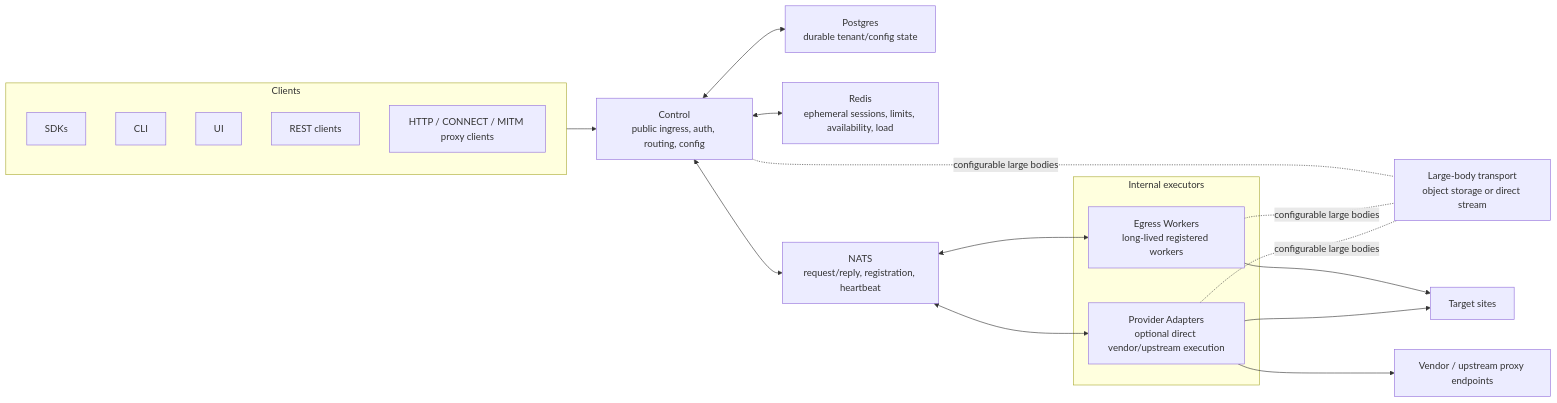
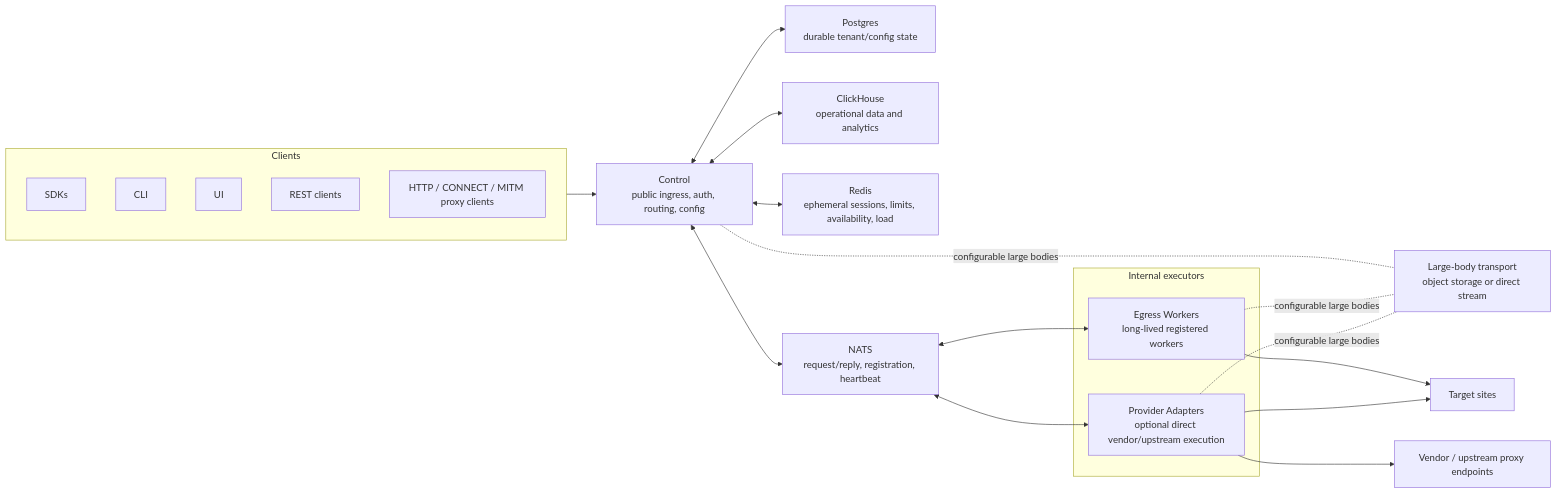
Before and after one commit to beremaran/straw-oss: the diagram in PLAN.md, drawn with Mermaid. The commit also changed other lines of this file, not shown here.

````diff
--- a/PLAN.md
+++ b/PLAN.md
@@ -108,39 +108,42 @@
 ```mermaid
 flowchart LR
   subgraph Clients["Clients"]
     SDK["SDKs"]
     CLI["CLI"]
     UI["UI"]
     REST["REST clients"]
     Proxy["HTTP / CONNECT / MITM proxy clients"]
   end
 
   Control["Control\npublic ingress, auth, routing, config"]
   Postgres["Postgres\ndurable tenant/config state"]
+  ClickHouse["ClickHouse\noperational data and analytics"]
   Redis["Redis\nephemeral sessions, limits, availability, load"]
   NATS["NATS\nrequest/reply, registration, heartbeat"]
 
   subgraph Executors["Internal executors"]
     Egress["Egress Workers\nlong-lived registered workers"]
     Adapter["Provider Adapters\noptional direct vendor/upstream execution"]
   end
 
   Body["Large-body transport\nobject storage or direct stream"]
   Targets["Target sites"]
   Vendors["Vendor / upstream proxy endpoints"]
 
   Clients --> Control
   Control <--> Postgres
+  Control <--> ClickHouse
   Control <--> Redis
   Control <--> NATS
   NATS <--> Egress
   NATS <--> Adapter
 
   Control -. configurable large bodies .- Body
   Egress -. configurable large bodies .- Body
   Adapter -. configurable large bodies .- Body
 
   Egress --> Targets
   Adapter --> Vendors
   Adapter --> Targets
+
 ```
````
